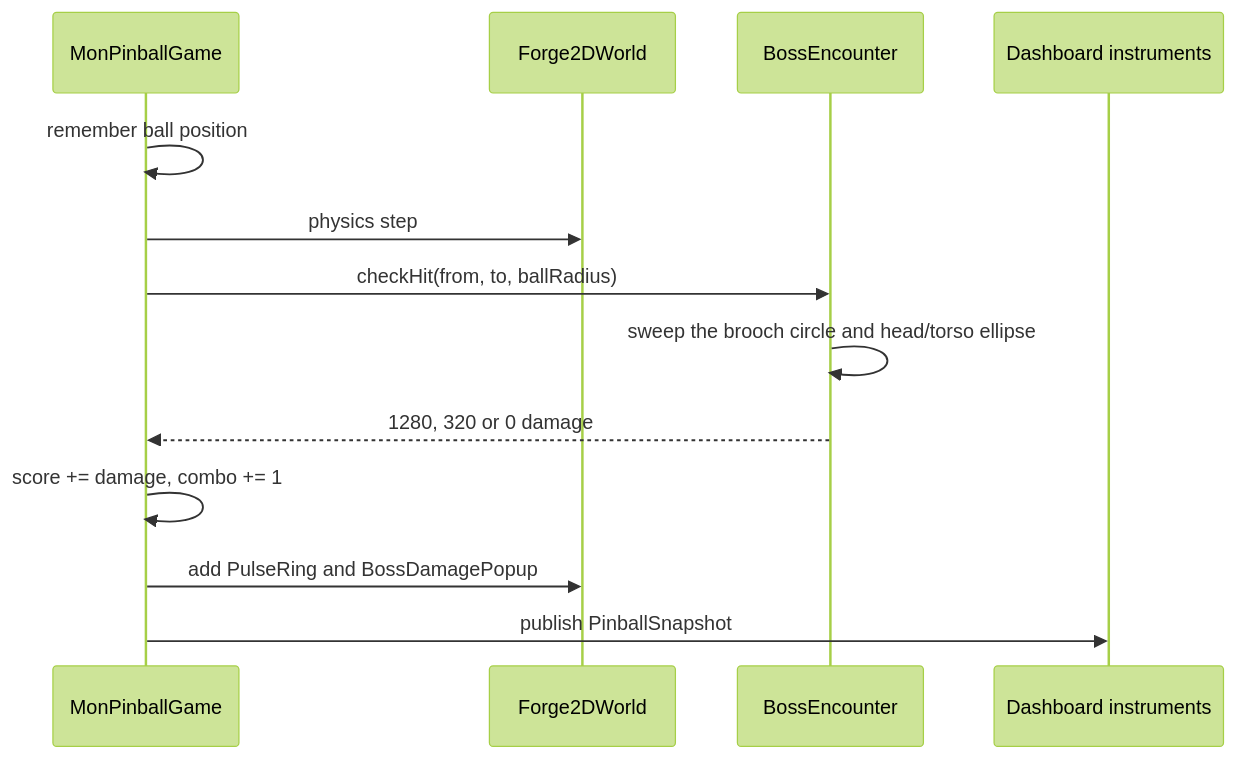
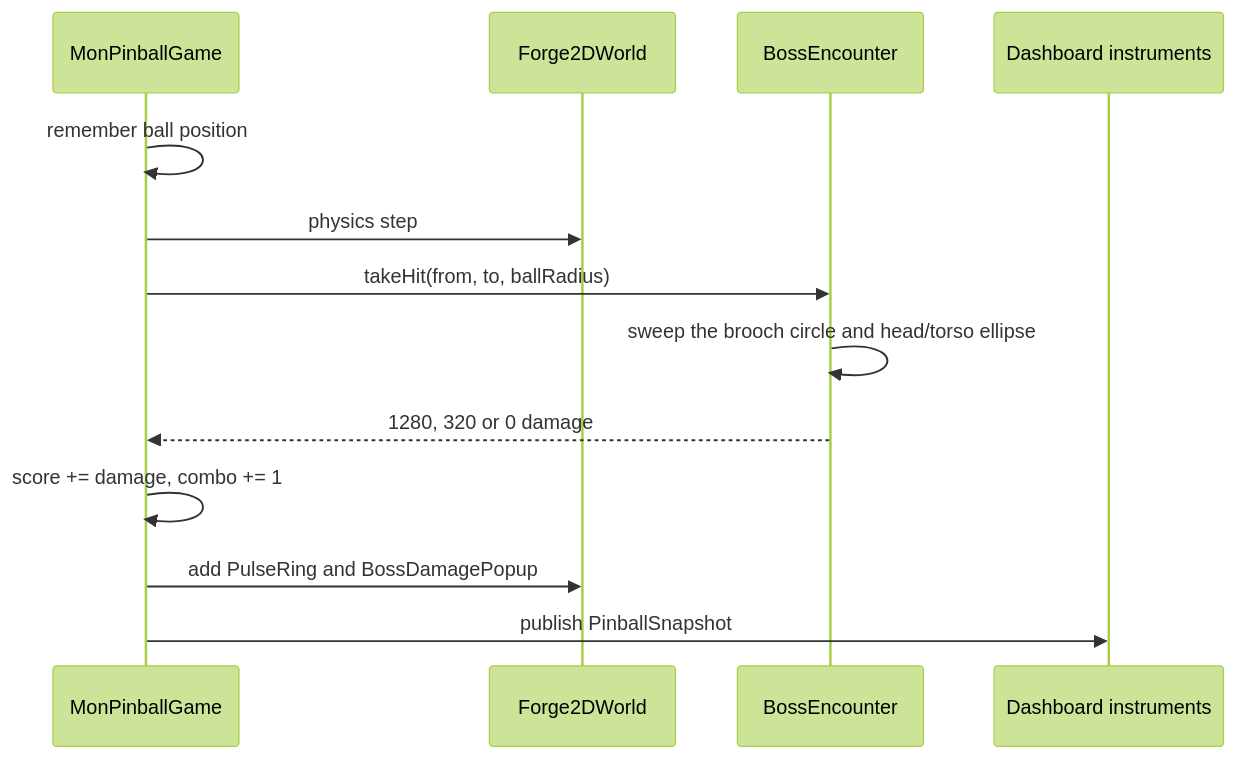
Before and after one commit to cassiadev/mon_pinball: the seventh of 8 diagrams in README.ko.md, drawn with Mermaid (forest theme). The commit also changed other lines of this file and 21 other files, not shown here.

````diff
--- a/README.ko.md
+++ b/README.ko.md
@@ -597,16 +597,16 @@
 ```mermaid
 sequenceDiagram
   participant Game as MonPinballGame
   participant World as Forge2DWorld
   participant Boss as BossEncounter
   participant HUD as Dashboard instruments
 
   Game->>Game: remember ball position
   Game->>World: physics step
-  Game->>Boss: checkHit(from, to, ballRadius)
+  Game->>Boss: takeHit(from, to, ballRadius)
   Boss->>Boss: sweep the brooch circle and head/torso ellipse
   Boss-->>Game: 1280, 320 or 0 damage
   Game->>Game: score += damage, combo += 1
   Game->>World: add PulseRing and BossDamagePopup
   Game->>HUD: publish PinballSnapshot
 ```
````
